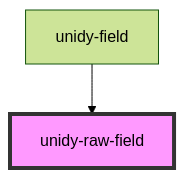
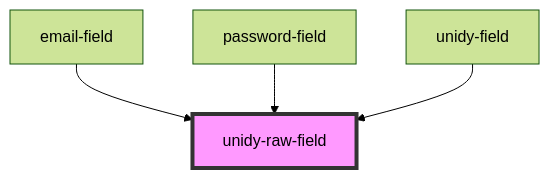
One commit to UnidyID/unidy-sdk changed the diagram in packages/auth/src/components/profile/unidy-raw-field/readme.md. Above: the diagram before and after it, drawn with Mermaid (forest theme). The commit also changed other lines of this file and 7 other files, not shown here.

Commit message:
Use unidy-raw-fields in email- and password-field

````diff
--- a/packages/auth/src/components/profile/unidy-raw-field/readme.md
+++ b/packages/auth/src/components/profile/unidy-raw-field/readme.md
@@ -39,5 +41,7 @@
 ```mermaid
 graph TD;
+  email-field --> unidy-raw-field
+  password-field --> unidy-raw-field
   unidy-field --> unidy-raw-field
   style unidy-raw-field fill:#f9f,stroke:#333,stroke-width:4px
 ```
````
